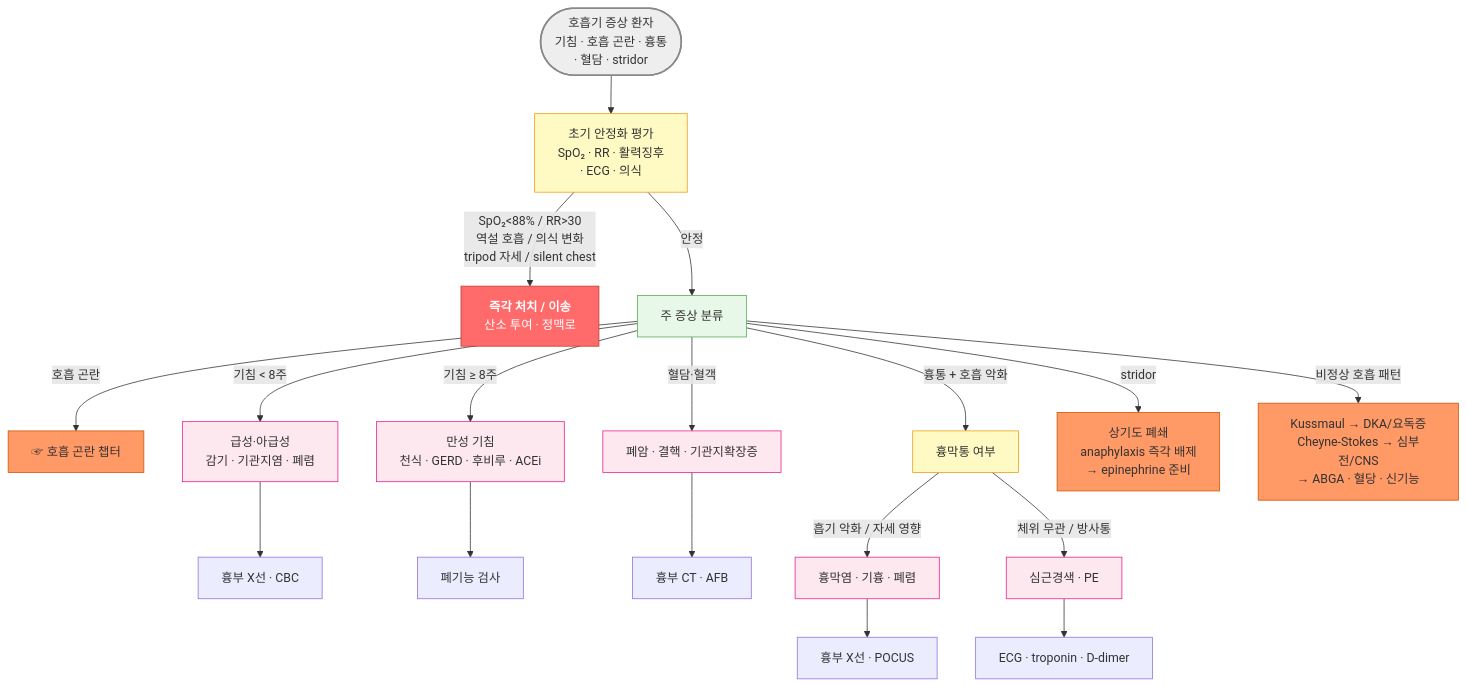
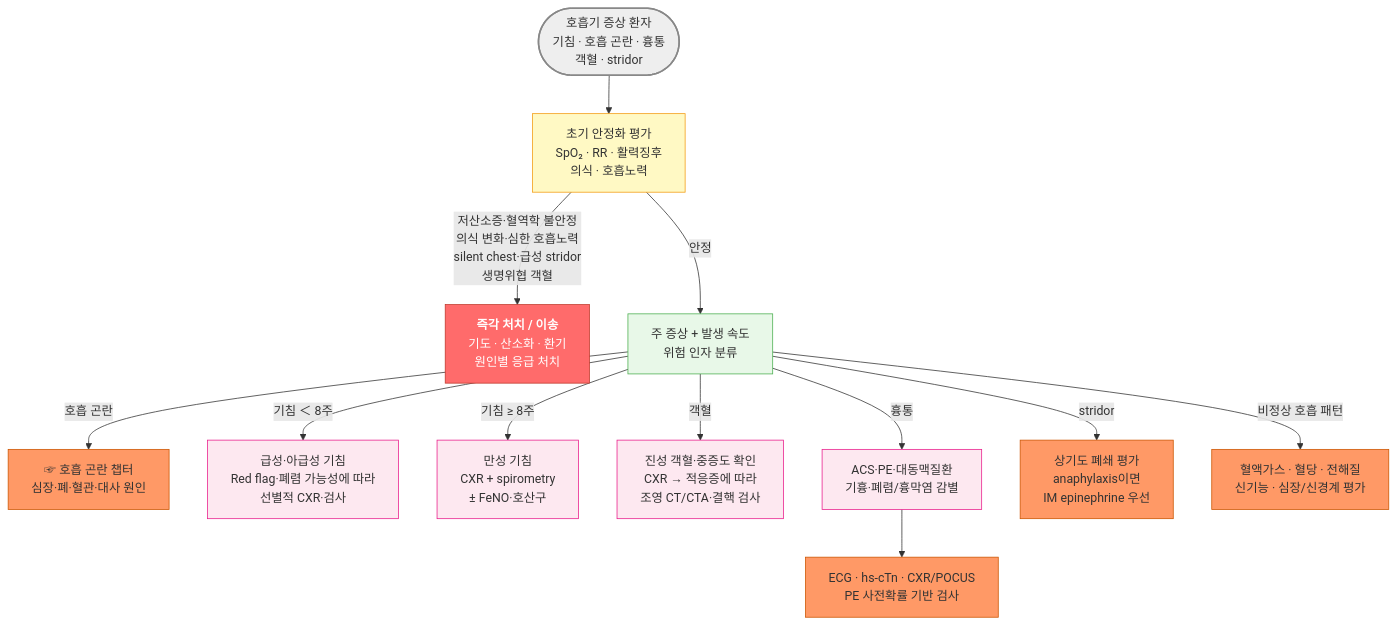
The diagram in 223_/059_-respdz.md (familyoh77/familyoh77), drawn with Mermaid before and after one commit. The commit also changed other lines of this file, not shown here.

````diff
--- a/223_/059_-respdz.md
+++ b/223_/059_-respdz.md
@@ -120,31 +132,27 @@
 ```mermaid
 graph TD
-    A(["호흡기 증상 환자<br/>기침 · 호흡 곤란 · 흉통 <br/>· 혈담 · stridor"]) 
-    --> B["초기 안정화 평가<br/>SpO₂ · RR · 활력징후 <br/>· ECG · 의식"]
+    A(["호흡기 증상 환자<br/>기침 · 호흡 곤란 · 흉통<br/>객혈 · stridor"])
+    --> B["초기 안정화 평가<br/>SpO₂ · RR · 활력징후<br/>의식 · 호흡노력"]
 
-    B -->|"SpO₂<88% / RR>30<br/>역설 호흡 / 의식 변화<br/>tripod 자세 / silent chest"| C["<b>즉각 처치 / 이송</b><br/>산소 투여 · 정맥로"]
-    B -->|안정| D[주 증상 분류]
-    D -->|호흡 곤란| E["☞ 호흡 곤란 챕터"]
-    D -->|"기침 < 8주"| F["급성·아급성<br/>감기 · 기관지염 · 폐렴"]--> F1["흉부 X선 · CBC"]
-    D -->|"기침 ≥ 8주"| G["만성 기침<br/>천식 · GERD · 후비루 · ACEi"]--> G1["폐기능 검사"]
-    D -->|혈담·혈객| H["폐암 · 결핵 · 기관지확장증"]--> H1["흉부 CT · AFB"]
-    D -->|흉통 + 호흡 악화| I[흉막통 여부]
-    D -->|stridor| J["상기도 폐쇄<br/>anaphylaxis 즉각 배제<br/>→ epinephrine 준비"]
-    D -->|비정상 호흡 패턴| K["Kussmaul → DKA/요독증<br/>Cheyne-Stokes → 심부전/CNS<br/>→ ABGA · 혈당 · 신기능"]
+    B -->|"저산소증·혈역학 불안정<br/>의식 변화·심한 호흡노력<br/>silent chest·급성 stridor<br/>생명위협 객혈"| C["<b>즉각 처치 / 이송</b><br/>기도 · 산소화 · 환기<br/>원인별 응급 처치"]
+    B -->|안정| D["주 증상 + 발생 속도<br/>위험 인자 분류"]
 
-    I -->|"흡기 악화 / 자세 영향"| L["흉막염 · 기흉 · 폐렴"]--> L1["흉부 X선 · POCUS"]
-    I -->|"체위 무관 / 방사통"| M["심근경색 · PE"]--> M1["ECG · troponin · D-dimer"]
+    D -->|호흡 곤란| E["☞ 호흡 곤란 챕터<br/>심장·폐·혈관·대사 원인"]
+    D -->|"기침 ＜ 8주"| F["급성·아급성 기침<br/>Red flag·폐렴 가능성에 따라<br/>선별적 CXR·검사"]
+    D -->|"기침 ≥ 8주"| G["만성 기침<br/>CXR + spirometry<br/>± FeNO·호산구"]
+    D -->|객혈| H["진성 객혈·중증도 확인<br/>CXR → 적응증에 따라<br/>조영 CT/CTA·결핵 검사"]
+    D -->|흉통| I["ACS·PE·대동맥질환<br/>기흉·폐렴/흉막염 감별"]
+    D -->|stridor| J["상기도 폐쇄 평가<br/>anaphylaxis이면<br/>IM epinephrine 우선"]
+    D -->|비정상 호흡 패턴| K["혈액가스 · 혈당 · 전해질<br/>신기능 · 심장/신경계 평가"]
+
+    I --> L["ECG · hs-cTn · CXR/POCUS<br/>PE 사전확률 기반 검사"]
 
 style A fill:#eeeeee,stroke:#888888,stroke-width:2px
+style B fill:#fff9c4,stroke:#f39c12
 style D fill:#e8f8e8,stroke:#4caf50
-classDef yellow fill:#fff9c4,stroke:#f39c12
-class B,I yellow
 style C fill:#ff6b6b,stroke:#c0392b,color:#fff
 classDef pink fill:#fde8f0,stroke:#e91e8c
-class F,G,H,L,M pink
+class F,G,H,I pink
 classDef peach fill:#ff9966,stroke:#cc5500
-class E,J,K peach
-
-
-
+class E,J,K,L peach
 ```
````
